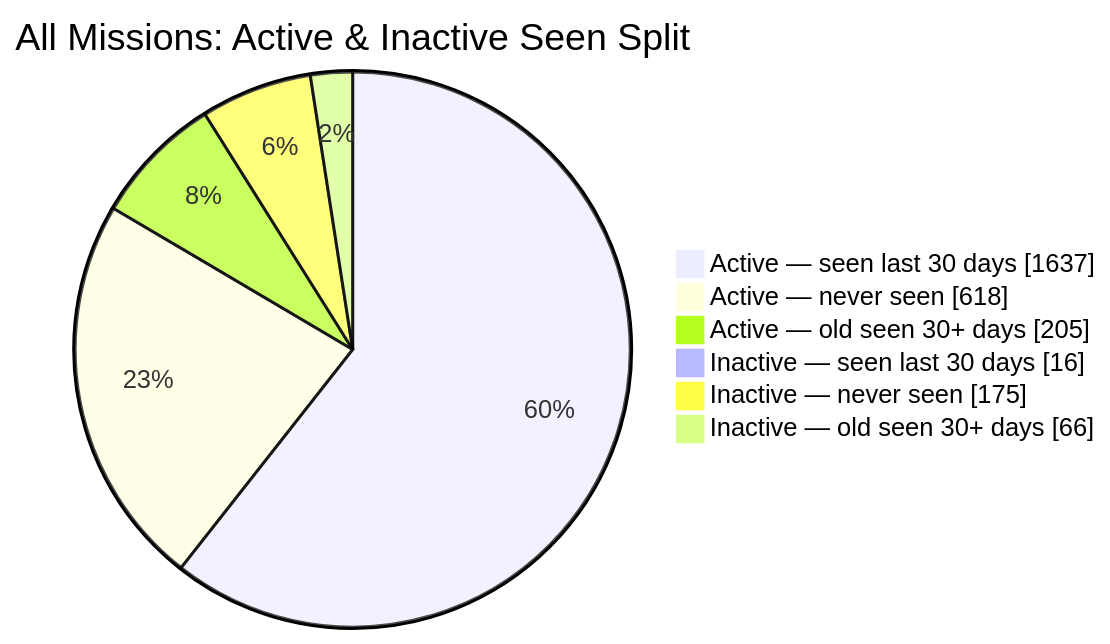
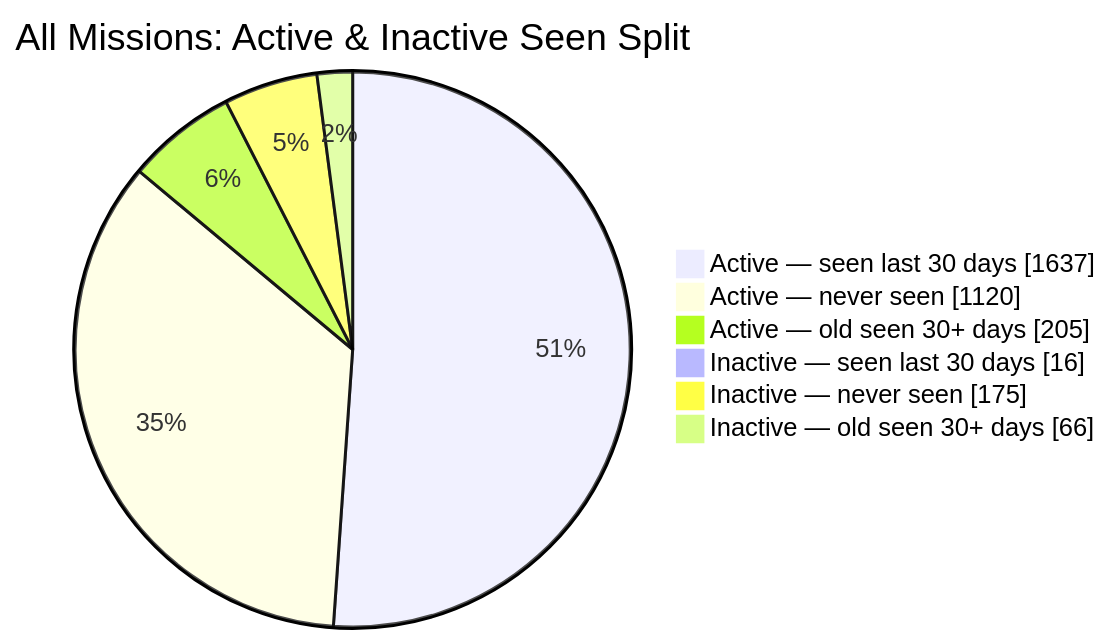
Before and after one commit to MeldkamerspelGameTeam/active-missions: the second of 2 diagrams in README.md, drawn with Mermaid. The commit also changed other lines of this file and 3 other files, not shown here.

````diff
--- a/README.md
+++ b/README.md
@@ -44,10 +44,10 @@
 ```mermaid
 pie showData
     title All Missions: Active & Inactive Seen Split
     "Active — seen last 30 days" : 1637
-    "Active — never seen" : 618
+    "Active — never seen" : 1120
     "Active — old seen 30+ days" : 205
     "Inactive — seen last 30 days" : 16
     "Inactive — never seen" : 175
     "Inactive — old seen 30+ days" : 66
 ```
````
